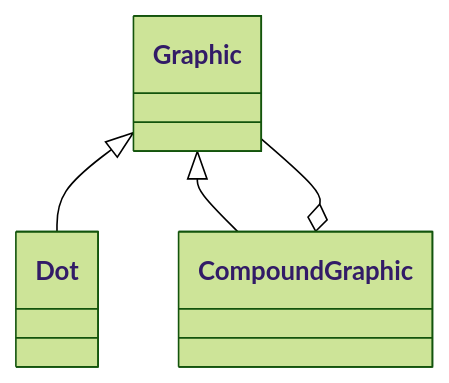
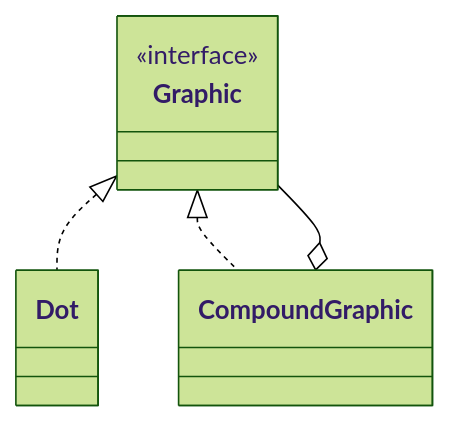
One commit to remideboer/pys changed the second of 2 diagrams in examples/design_patterns/structural/composite.md. Above: the diagram before and after it, drawn with Mermaid (forest theme). The commit also changed 23 other files, not shown here.

````diff
--- a/examples/design_patterns/structural/composite.md
+++ b/examples/design_patterns/structural/composite.md
@@ -33,9 +33,11 @@
 ```mermaid
 classDiagram
-    class Graphic
+    class Graphic {
+        <<interface>>
+    }
     class Dot
     class CompoundGraphic
-    Graphic <|-- Dot
-    Graphic <|-- CompoundGraphic
+    Graphic <|.. Dot
+    Graphic <|.. CompoundGraphic
     CompoundGraphic o-- Graphic
 ```
````
